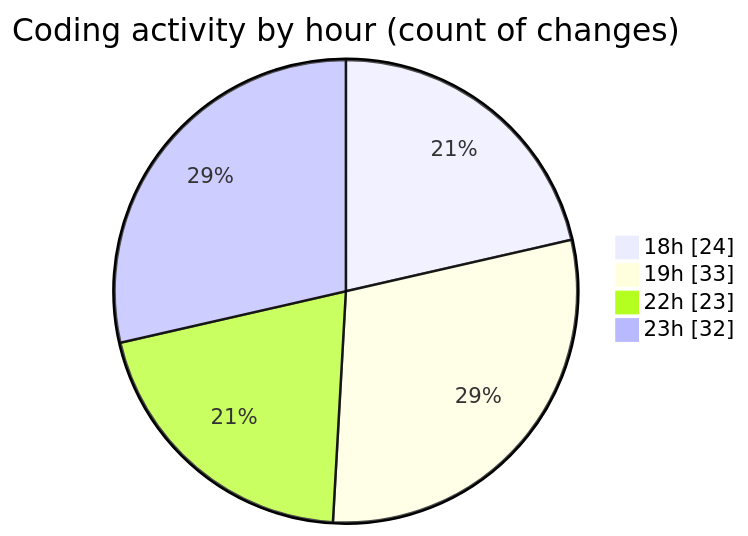
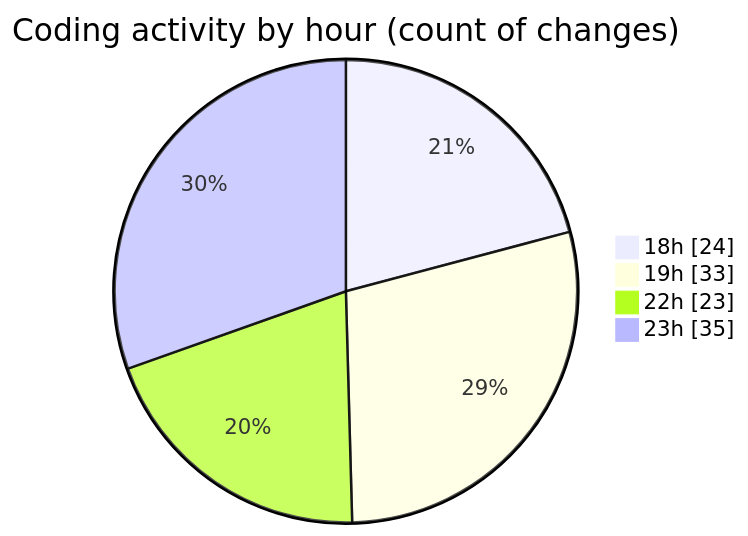
One commit to Netris89/code-tracking changed the second of 2 diagrams in 2025-04-21/echo/README.md. Above: the diagram before and after it, drawn with Mermaid. The commit also changed other lines of this file and 1 other file, not shown here.

````diff
--- a/2025-04-21/echo/README.md
+++ b/2025-04-21/echo/README.md
@@ -36,8 +36,8 @@
 ```mermaid
 pie showData
 title Coding activity by hour (count of changes)
 "18h" : 24
 "19h" : 33
 "22h" : 23
-"23h" : 32
+"23h" : 35
 ```
````
